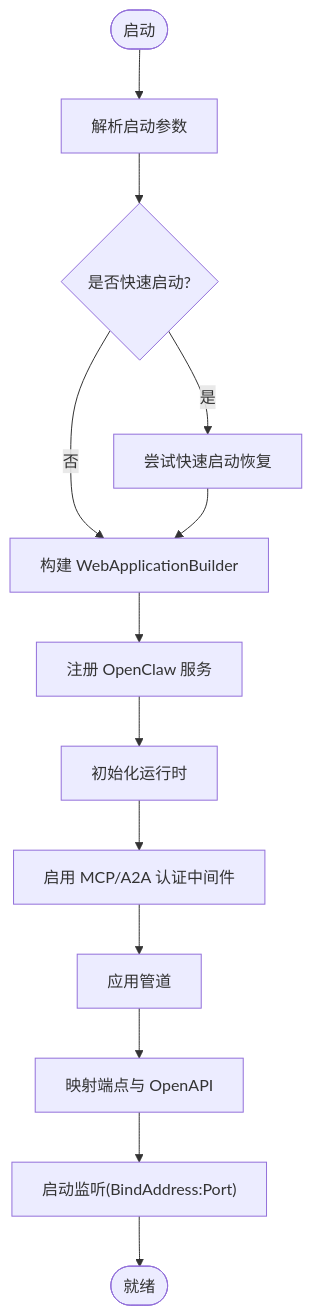
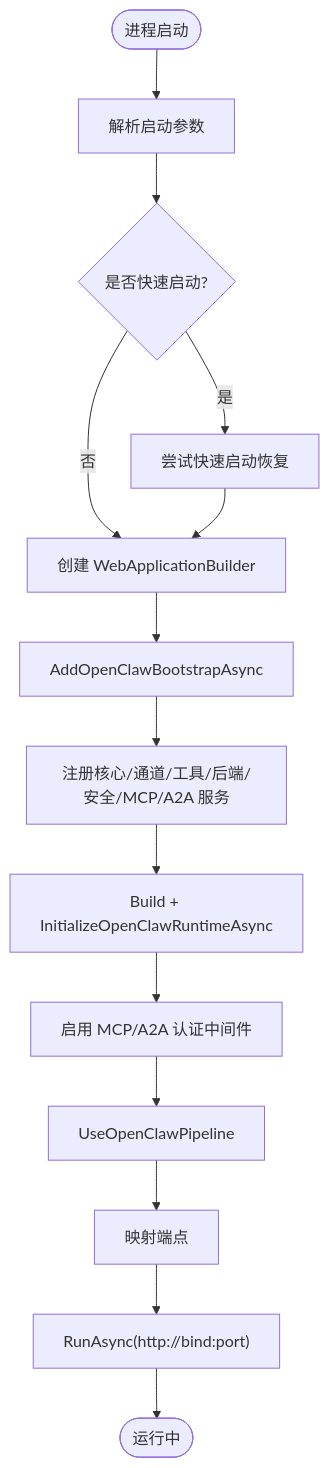
One commit to wayyet/kingcrab changed the third of 4 diagrams in .qoder/repowiki/zh/content/网关服务/网关服务.md. Above: the diagram before and after it, drawn with Mermaid. The commit also changed other lines of this file and 173 other files, not shown here.

````diff
--- a/.qoder/repowiki/zh/content/网关服务/网关服务.md
+++ b/.qoder/repowiki/zh/content/网关服务/网关服务.md
@@ -111,15 +92,16 @@
 ```mermaid
 flowchart TD
-Start(["启动"]) --> Parse["解析启动参数"]
+Start(["进程启动"]) --> Parse["解析启动参数"]
 Parse --> Quickstart{"是否快速启动?"}
 Quickstart --> |是| Recover["尝试快速启动恢复"]
-Quickstart --> |否| Build["构建 WebApplicationBuilder"]
+Quickstart --> |否| Build["创建 WebApplicationBuilder"]
 Recover --> Build
-Build --> Register["注册 OpenClaw 服务"]
-Register --> Init["初始化运行时"]
-Init --> Auth["启用 MCP/A2A 认证中间件"]
-Auth --> Pipe["应用管道"]
-Pipe --> Map["映射端点与 OpenAPI"]
-Map --> Listen["启动监听(BindAddress:Port)"]
-Listen --> End(["就绪"])
+Build --> Bootstrap["AddOpenClawBootstrapAsync"]
+Bootstrap --> Services["注册核心/通道/工具/后端/安全/MCP/A2A 服务"]
+Services --> RuntimeInit["Build + InitializeOpenClawRuntimeAsync"]
+RuntimeInit --> Auth["启用 MCP/A2A 认证中间件"]
+Auth --> Pipeline["UseOpenClawPipeline"]
+Pipeline --> Map["映射端点"]
+Map --> Listen["RunAsync(http://bind:port)"]
+Listen --> End(["运行中"])
 ```
````
